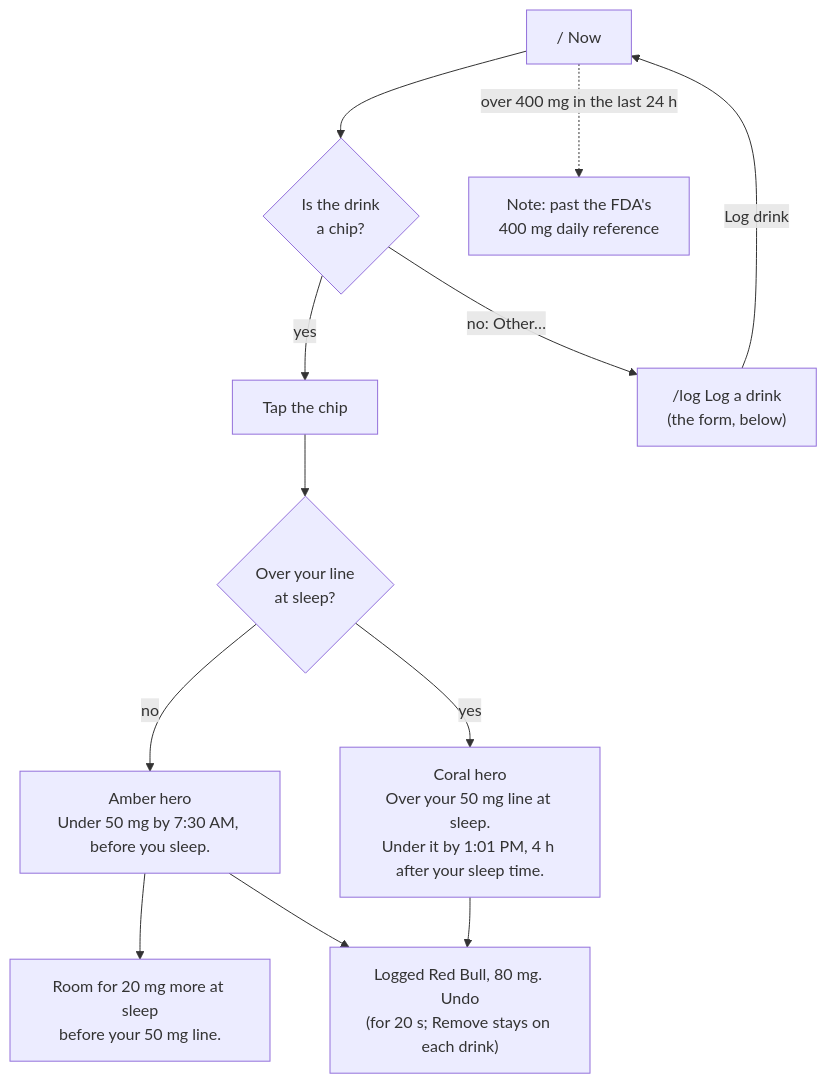
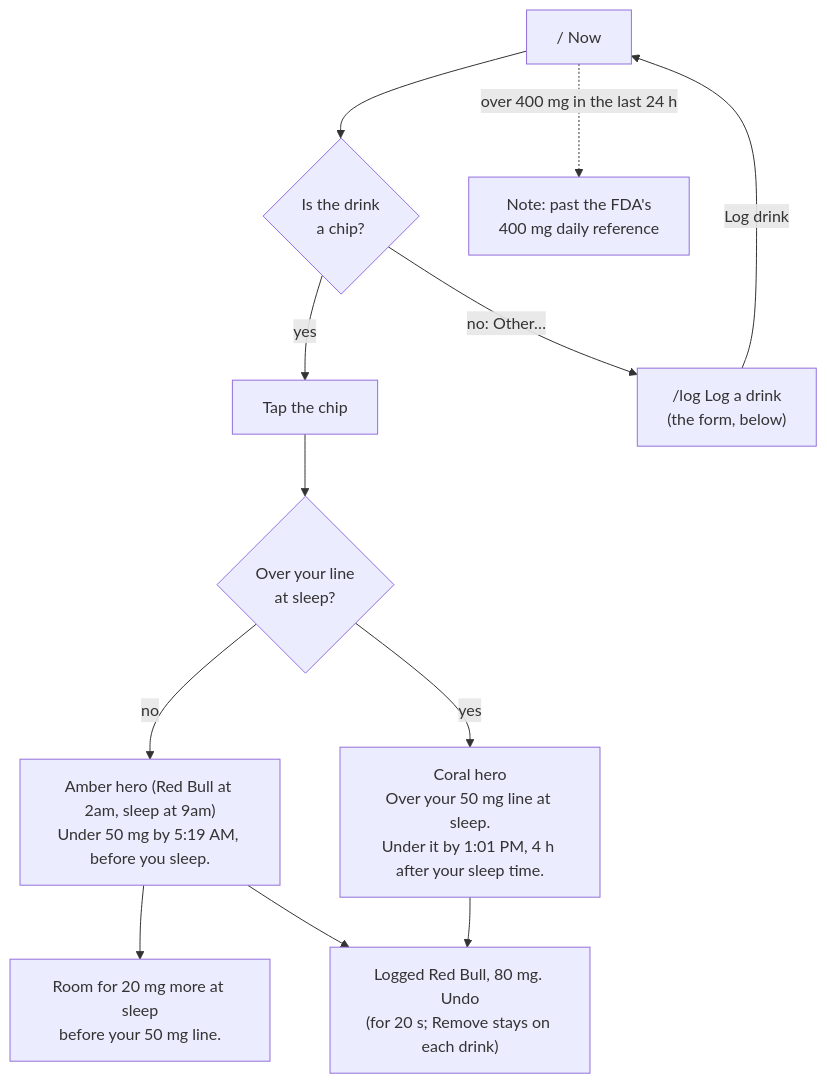
One commit to nocturnalvigilante/design_ship_build_homework_3 changed the third of 5 diagrams in README.md. Above: the diagram before and after it, drawn with Mermaid. The commit also changed other lines of this file and 3 other files, not shown here.

````diff
--- a/README.md
+++ b/README.md
@@ -80,13 +93,13 @@
 ```mermaid
 flowchart TD
   A["/ Now"] --> B{"Is the drink<br/>a chip?"}
   B -- yes --> C["Tap the chip"]
   C --> D{"Over your line<br/>at sleep?"}
-  D -- no --> E["Amber hero<br/>Under 50 mg by 7:30 AM, before you sleep."]
+  D -- no --> E["Amber hero (Red Bull at 2am, sleep at 9am)<br/>Under 50 mg by 5:19 AM, before you sleep."]
   D -- yes --> F["Coral hero<br/>Over your 50 mg line at sleep.<br/>Under it by 1:01 PM, 4 h after your sleep time."]
   E --> R["Room for 20 mg more at sleep<br/>before your 50 mg line."]
   E & F --> U["Logged Red Bull, 80 mg. Undo<br/>(for 20 s; Remove stays on each drink)"]
   B -- "no: Other…" --> L["/log  Log a drink<br/>(the form, below)"]
   L -- "Log drink" --> A
   A -. "over 400 mg in the last 24 h" .-> N["Note: past the FDA's<br/>400 mg daily reference"]
 ```
````
